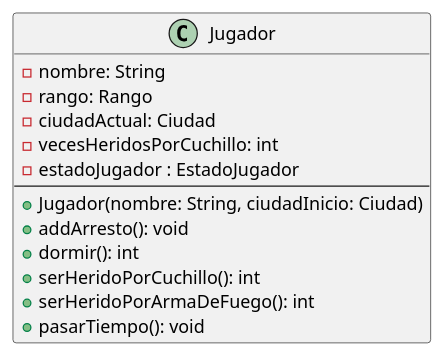
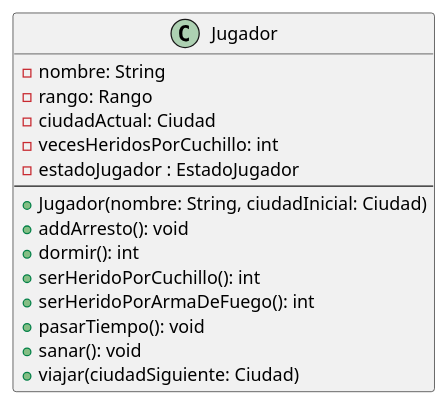
Before and after one commit to alexguttlein/TP2-CarmenSandiego: the diagram in diagrams/classes/Entrega1/claseJugador.puml, drawn with PlantUML. The commit also changed 20 other files, not shown here.

```diff
--- a/diagrams/classes/Entrega1/claseJugador.puml
+++ b/diagrams/classes/Entrega1/claseJugador.puml
@@ -1,21 +1,22 @@
 @startuml
 
 class Jugador {
     -nombre: String
     -rango: Rango
     -ciudadActual: Ciudad
-    '-horasDeSuenio: int
     -vecesHeridosPorCuchillo: int
     -estadoJugador : EstadoJugador
     --
-    +Jugador(nombre: String, ciudadInicio: Ciudad)
+    +Jugador(nombre: String, ciudadInicial: Ciudad)
     +addArresto(): void
     +dormir(): int
     +serHeridoPorCuchillo(): int
     +serHeridoPorArmaDeFuego(): int
     +pasarTiempo(): void
+    +sanar(): void
+    +viajar(ciudadSiguiente: Ciudad)
 }
 
 'El horario no va más
 
 @enduml
```
